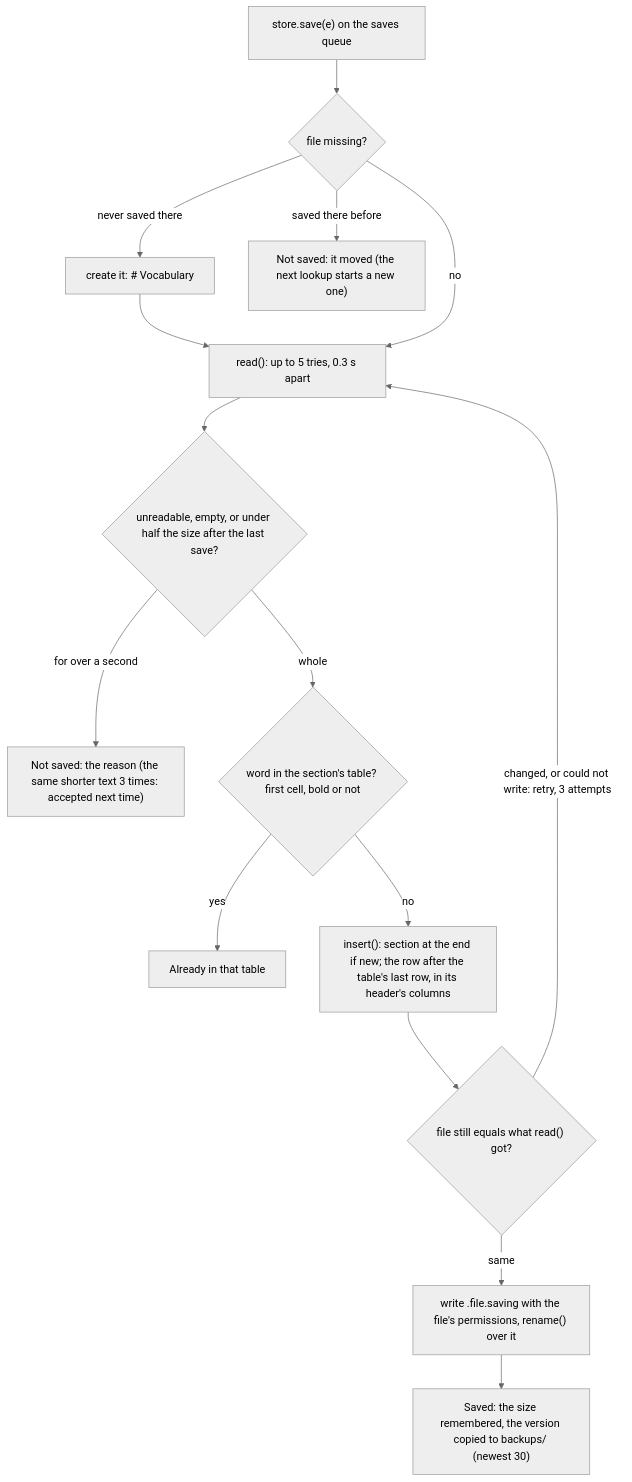
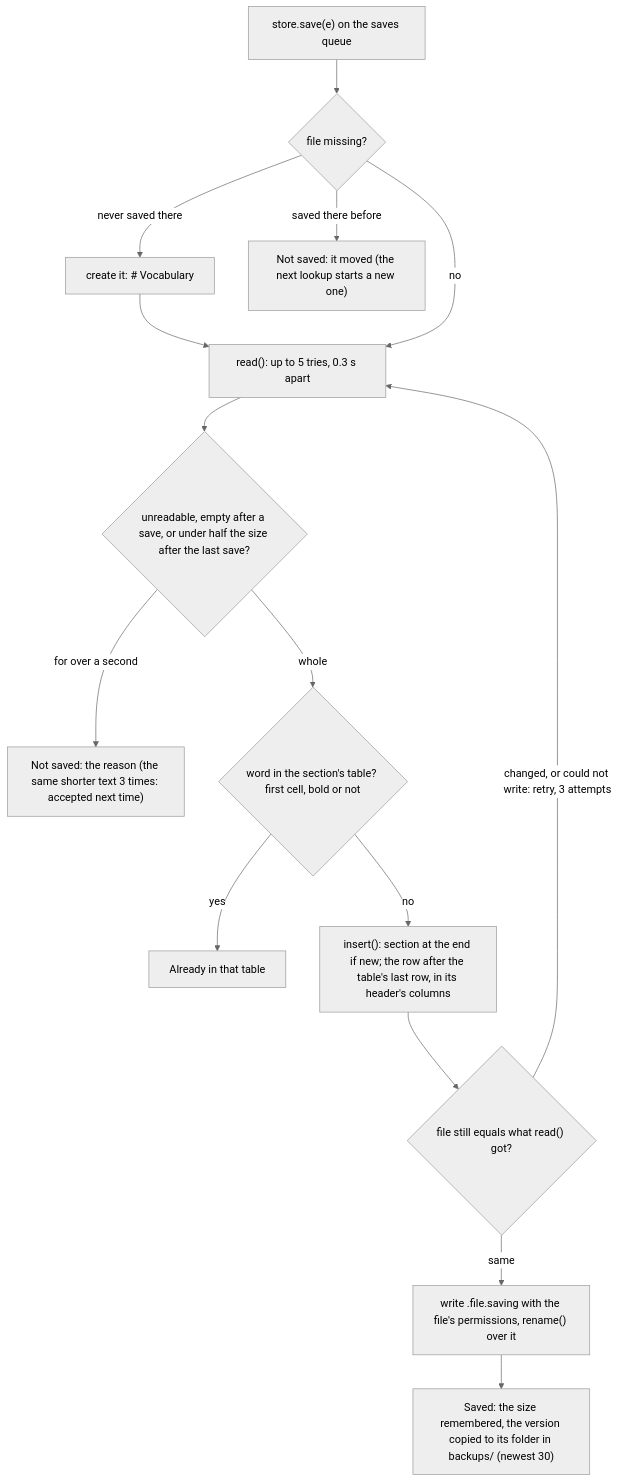
One commit to gregth/lookup-word changed the fourth of 5 diagrams in docs/DESIGN.md. Above: the diagram before and after it, drawn with Mermaid (neutral theme). The commit also changed other lines of this file and 32 other files, not shown here.

````diff
--- a/docs/DESIGN.md
+++ b/docs/DESIGN.md
@@ -129,17 +138,17 @@
 ```mermaid
 flowchart TD
   A["store.save(e) on the saves queue"] --> M{"file missing?"}
   M -- "never saved there" --> NEW["create it: # Vocabulary"]
   M -- "saved there before" --> N0["Not saved: it moved (the next lookup starts a new one)"]
   NEW --> R
   M -- no --> R["read(): up to 5 tries, 0.3 s apart"]
-  R --> W{"unreadable, empty, or under half the size after the last save?"}
+  R --> W{"unreadable, empty after a save, or under half the size after the last save?"}
   W -- "for over a second" --> N1["Not saved: the reason (the same shorter text 3 times: accepted next time)"]
   W -- whole --> K{"word in the section's table? first cell, bold or not"}
   K -- yes --> N2["Already in that table"]
   K -- no --> I["insert(): section at the end if new; the row after the table's last row, in its header's columns"]
   I --> CAS{"file still equals what read() got?"}
   CAS -- "changed, or could not write: retry, 3 attempts" --> R
   CAS -- same --> TR["write .file.saving with the file's permissions, rename() over it"]
-  TR --> OK["Saved: the size remembered, the version copied to backups/ (newest 30)"]
+  TR --> OK["Saved: the size remembered, the version copied to its folder in backups/ (newest 30)"]
 ```
````
